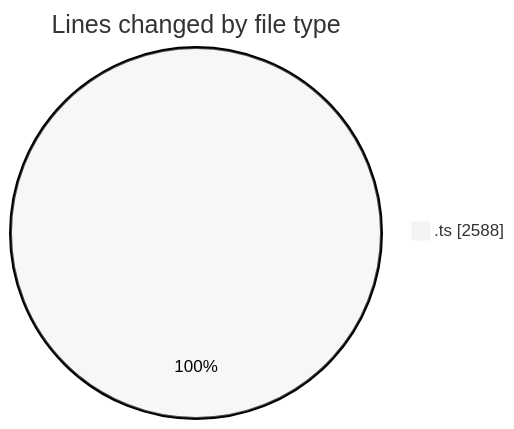
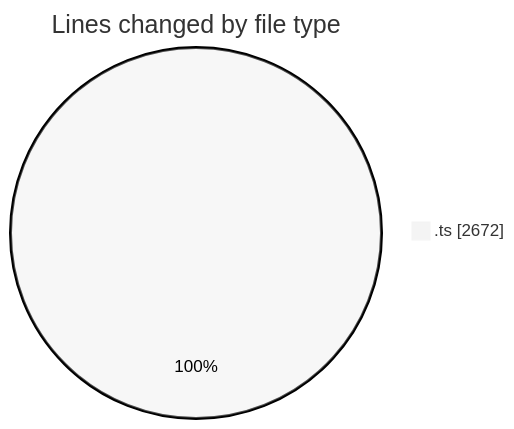
One commit to momahboobian/code-tracking changed the first of 2 diagrams in 2025-06-27/cda/README.md. Above: the diagram before and after it, drawn with Mermaid (neutral theme). The commit also changed other lines of this file and 1 other file, not shown here.

````diff
--- a/2025-06-27/cda/README.md
+++ b/2025-06-27/cda/README.md
@@ -25,5 +26,5 @@
 ```mermaid
 pie showData
 title Lines changed by file type
-".ts" : 2588
+".ts" : 2672
 ```
````
